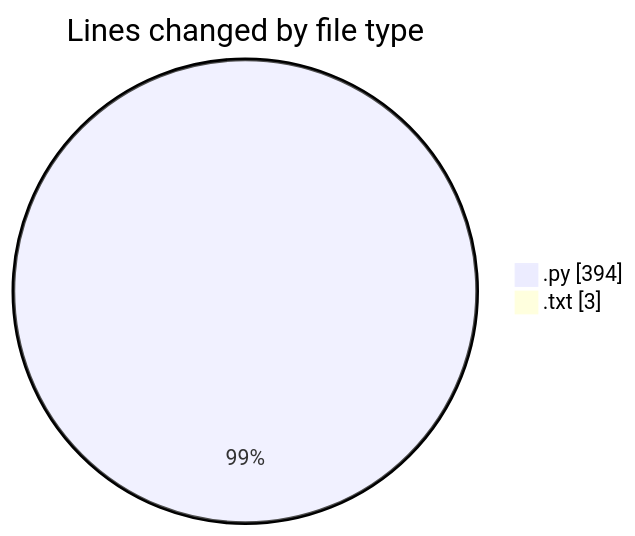
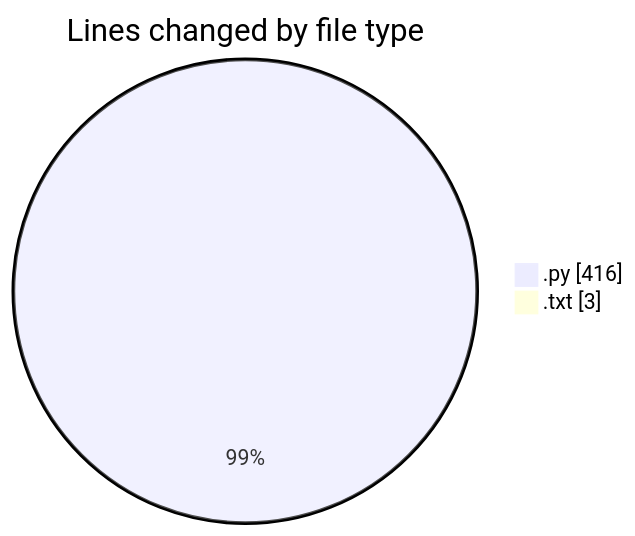
One commit to lephambinh05/code-tracking changed the first of 2 diagrams in 2025-07-09/toolsopenemalpass/README.md. Above: the diagram before and after it, drawn with Mermaid. The commit also changed other lines of this file and 1 other file, not shown here.

````diff
--- a/2025-07-09/toolsopenemalpass/README.md
+++ b/2025-07-09/toolsopenemalpass/README.md
@@ -22,6 +22,6 @@
 ```mermaid
 pie showData
 title Lines changed by file type
-".py" : 394
+".py" : 416
 ".txt" : 3
 ```
````
